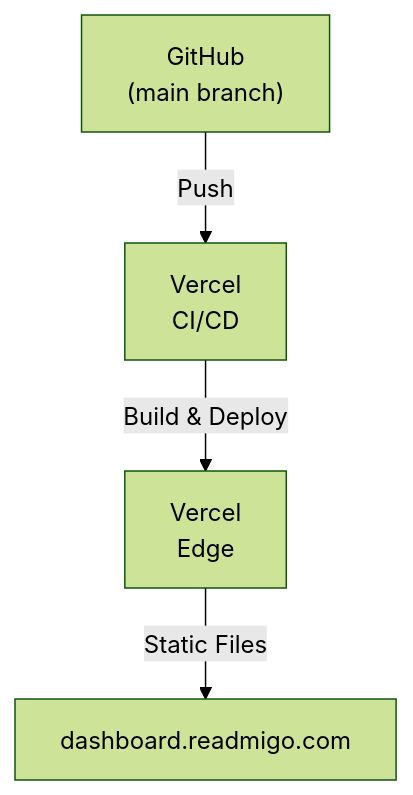
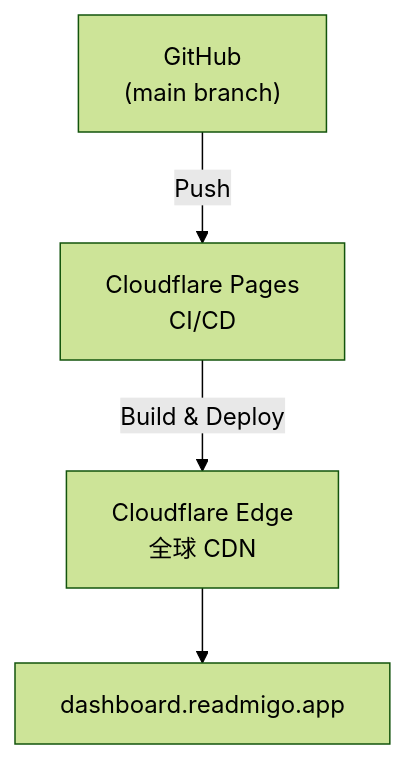
The diagram in 05-operations/deployment/platforms/dashboard-deployment.md (readmigo/docs), drawn with Mermaid (forest theme) before and after one commit. The commit also changed other lines of this file and 60 other files, not shown here.

````diff
--- a/05-operations/deployment/platforms/dashboard-deployment.md
+++ b/05-operations/deployment/platforms/dashboard-deployment.md
@@ -5,6 +9,6 @@
 ```mermaid
 graph TD
-    A["GitHub<br>(main branch)"] -->|"Push"| B["Vercel<br>CI/CD"]
-    B -->|"Build & Deploy"| C["Vercel<br>Edge"]
-    C -->|"Static Files"| D["dashboard.readmigo.com"]
+    A["GitHub<br>(main branch)"] -->|"Push"| B["Cloudflare Pages<br>CI/CD"]
+    B -->|"Build & Deploy"| C["Cloudflare Edge<br>全球 CDN"]
+    C --> D["dashboard.readmigo.app"]
 ```
````
